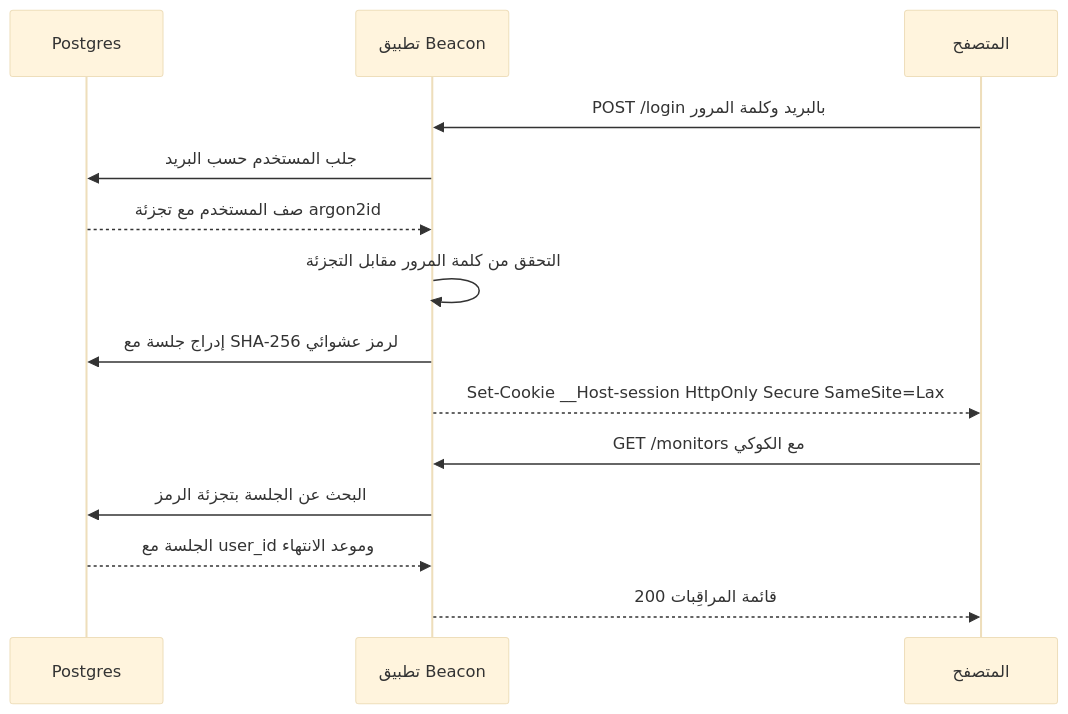
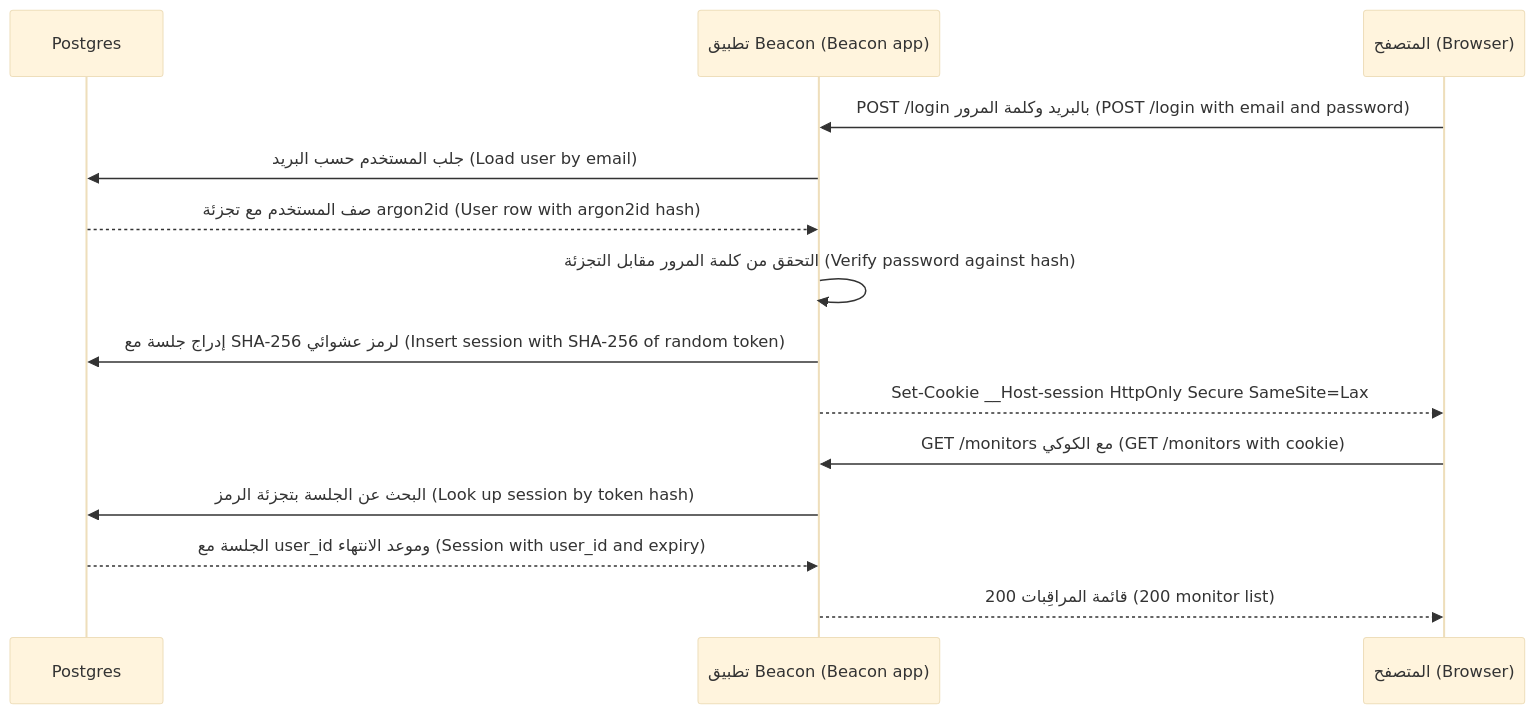
The first of 5 diagrams in saas/modules/01-identity-access.ar.md (Tamoura/system-design-for-vibe-coders), drawn with Mermaid (base theme) before and after one commit. The commit also changed other lines of this file and 62 other files, not shown here.

First line of the commit message:
Arabic editions: English on every diagram label, RTL fixes, rebuild

````diff
--- a/saas/modules/01-identity-access.ar.md
+++ b/saas/modules/01-identity-access.ar.md
@@ -60,16 +60,16 @@
 ```mermaid
 sequenceDiagram
     participant D as Postgres
-    participant A as تطبيق Beacon
-    participant B as المتصفح
-    B->>A: POST /login بالبريد وكلمة المرور
-    A->>D: جلب المستخدم حسب البريد
-    D-->>A: صف المستخدم مع تجزئة argon2id
-    A->>A: التحقق من كلمة المرور مقابل التجزئة
-    A->>D: إدراج جلسة مع SHA-256 لرمز عشوائي
+    participant A as تطبيق Beacon (Beacon app)
+    participant B as المتصفح (Browser)
+    B->>A: POST /login بالبريد وكلمة المرور (POST /login with email and password)
+    A->>D: جلب المستخدم حسب البريد (Load user by email)
+    D-->>A: صف المستخدم مع تجزئة argon2id (User row with argon2id hash)
+    A->>A: التحقق من كلمة المرور مقابل التجزئة (Verify password against hash)
+    A->>D: إدراج جلسة مع SHA-256 لرمز عشوائي (Insert session with SHA-256 of random token)
     A-->>B: Set-Cookie __Host-session HttpOnly Secure SameSite=Lax
-    B->>A: GET /monitors مع الكوكي
-    A->>D: البحث عن الجلسة بتجزئة الرمز
-    D-->>A: الجلسة مع user_id وموعد الانتهاء
-    A-->>B: 200 قائمة المراقِبات
+    B->>A: GET /monitors مع الكوكي (GET /monitors with cookie)
+    A->>D: البحث عن الجلسة بتجزئة الرمز (Look up session by token hash)
+    D-->>A: الجلسة مع user_id وموعد الانتهاء (Session with user_id and expiry)
+    A-->>B: 200 قائمة المراقِبات (200 monitor list)
 ```
````
